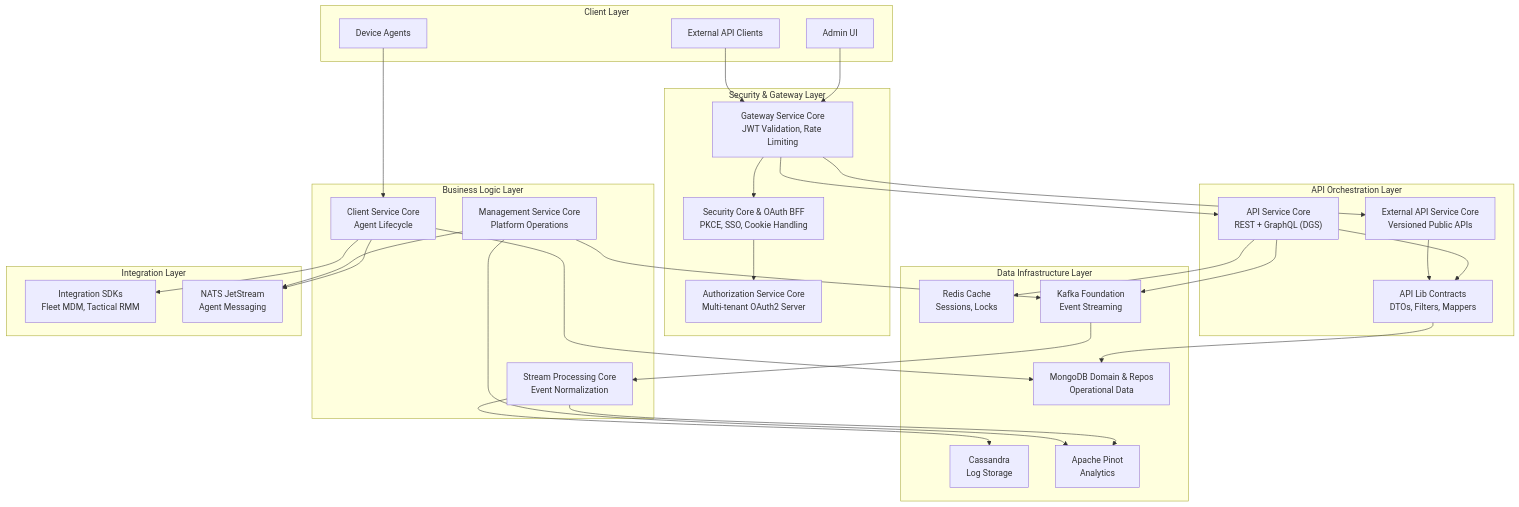
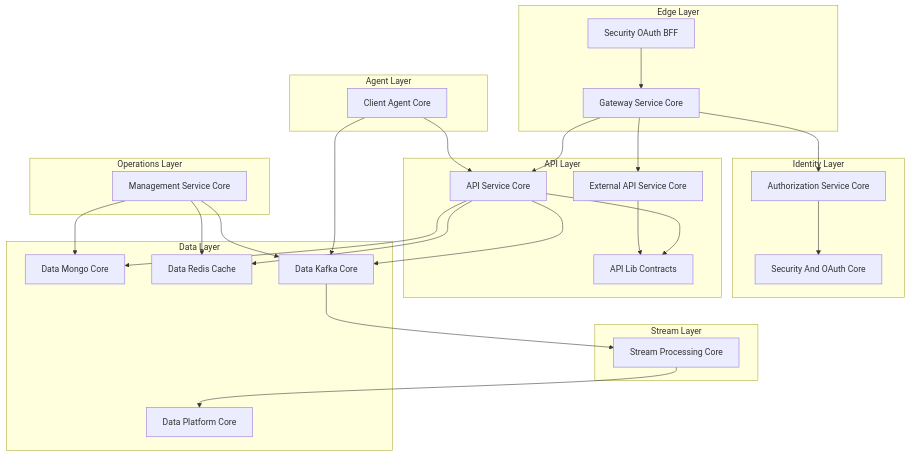
One commit to flamingo-stack/openframe-oss-lib changed the diagram in README.md. Above: the diagram before and after it, drawn with Mermaid. The commit also changed other lines of this file and 2 other files, not shown here.

````diff
--- a/README.md
+++ b/README.md
@@ -62,67 +59,61 @@
 ```mermaid
 flowchart TD
-    subgraph "Client Layer"
-        Browser["Admin UI"]
-        Agent["Device Agents"]
-        API["External API Clients"]
+    subgraph "Edge Layer"
+        Gateway["Gateway Service Core"]
+        BFF["Security OAuth BFF"]
     end
-    
-    subgraph "Security & Gateway Layer"
-        Gateway["Gateway Service Core<br/>JWT Validation, Rate Limiting"]
-        OAuth["Security Core & OAuth BFF<br/>PKCE, SSO, Cookie Handling"]
-        Authz["Authorization Service Core<br/>Multi-tenant OAuth2 Server"]
+
+    subgraph "Identity Layer"
+        Auth["Authorization Service Core"]
+        SecurityCore["Security And OAuth Core"]
     end
-    
-    subgraph "API Orchestration Layer"
-        APICore["API Service Core<br/>REST + GraphQL (DGS)"]
-        ExternalAPI["External API Service Core<br/>Versioned Public APIs"]
-        Contracts["API Lib Contracts<br/>DTOs, Filters, Mappers"]
+
+    subgraph "API Layer"
+        ApiService["API Service Core"]
+        ExternalApi["External API Service Core"]
+        Contracts["API Lib Contracts"]
     end
-    
-    subgraph "Business Logic Layer"
-        Client["Client Service Core<br/>Agent Lifecycle"]
-        Management["Management Service Core<br/>Platform Operations"]
-        Stream["Stream Processing Core<br/>Event Normalization"]
+
+    subgraph "Agent Layer"
+        ClientCore["Client Agent Core"]
     end
-    
-    subgraph "Data Infrastructure Layer"
-        Mongo["MongoDB Domain & Repos<br/>Operational Data"]
-        Redis["Redis Cache<br/>Sessions, Locks"]
-        Kafka["Kafka Foundation<br/>Event Streaming"]
-        Cassandra["Cassandra<br/>Log Storage"]
-        Pinot["Apache Pinot<br/>Analytics"]
+
+    subgraph "Data Layer"
+        Mongo["Data Mongo Core"]
+        Redis["Data Redis Cache"]
+        Kafka["Data Kafka Core"]
+        PlatformData["Data Platform Core"]
     end
-    
-    subgraph "Integration Layer"
-        SDKs["Integration SDKs<br/>Fleet MDM, Tactical RMM"]
-        NATS["NATS JetStream<br/>Agent Messaging"]
+
+    subgraph "Stream Layer"
+        StreamCore["Stream Processing Core"]
     end
-    
-    Browser --> Gateway
-    Agent --> Client
-    API --> Gateway
-    
-    Gateway --> OAuth
-    OAuth --> Authz
-    Gateway --> APICore
-    Gateway --> ExternalAPI
-    
-    APICore --> Contracts
-    ExternalAPI --> Contracts
-    Contracts --> Mongo
-    
-    APICore --> Redis
-    APICore --> Kafka
-    Client --> NATS
-    Client --> Mongo
-    
-    Kafka --> Stream
-    Stream --> Cassandra
-    Stream --> Pinot
-    
+
+    subgraph "Operations Layer"
+        Management["Management Service Core"]
+    end
+
+    BFF --> Gateway
+    Gateway --> ApiService
+    Gateway --> ExternalApi
+    Gateway --> Auth
+
+    Auth --> SecurityCore
+
+    ApiService --> Contracts
+    ExternalApi --> Contracts
+
+    ApiService --> Mongo
+    ApiService --> Redis
+    ApiService --> Kafka
+
+    ClientCore --> Kafka
+    ClientCore --> ApiService
+
+    Kafka --> StreamCore
+    StreamCore --> PlatformData
+
     Management --> Kafka
-    Management --> NATS
-    Management --> Pinot
-    
-    Client --> SDKs
+    Management --> Mongo
+    Management --> Redis
 ```
````
